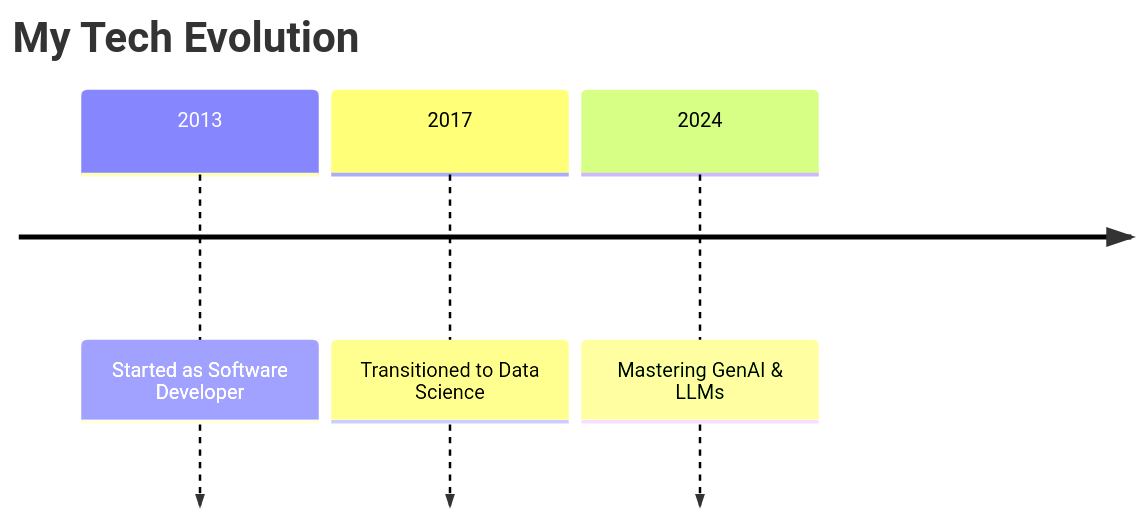
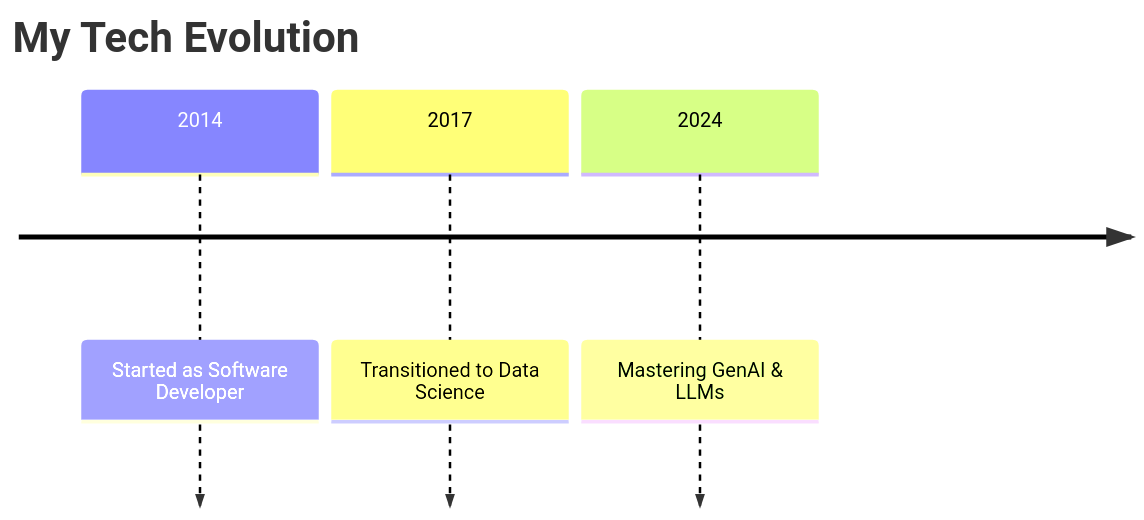
One commit to nikhilniksss/nikhilniksss changed the first of 2 diagrams in README.md. Above: the diagram before and after it, drawn with Mermaid.

````diff
--- a/README.md
+++ b/README.md
@@ -8,7 +8,7 @@
 ```mermaid
 timeline
     title My Tech Evolution
-    2013 : Started as Software Developer
+    2014 : Started as Software Developer
     2017 : Transitioned to Data Science
     2024 : Mastering GenAI & LLMs
 ```
````
